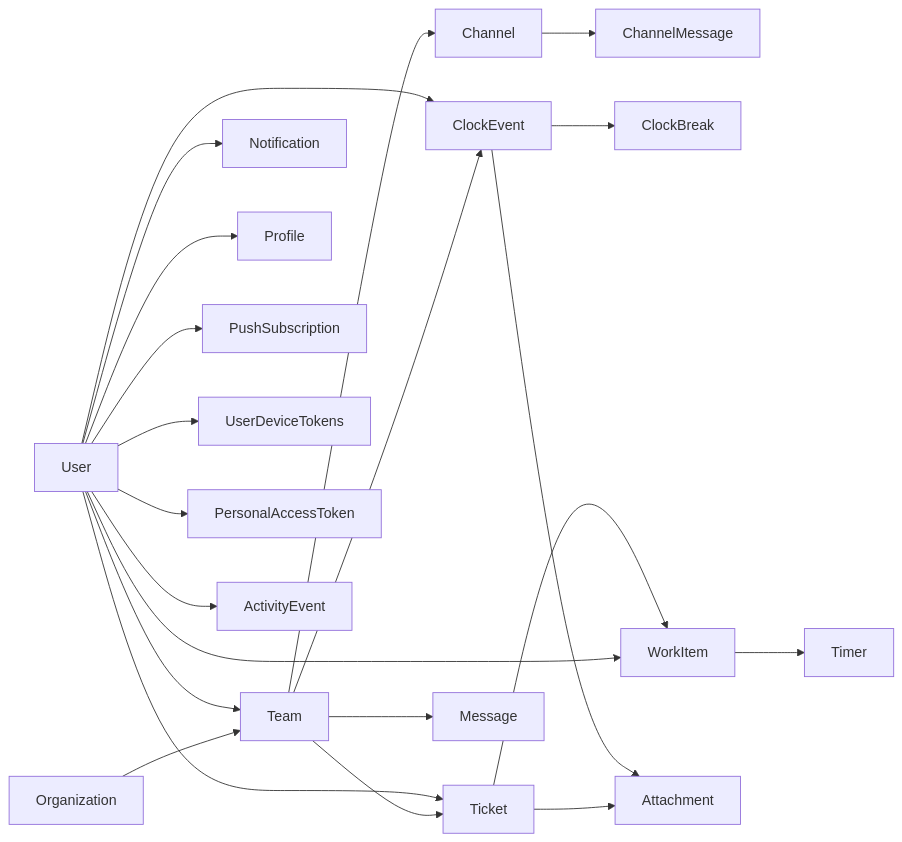
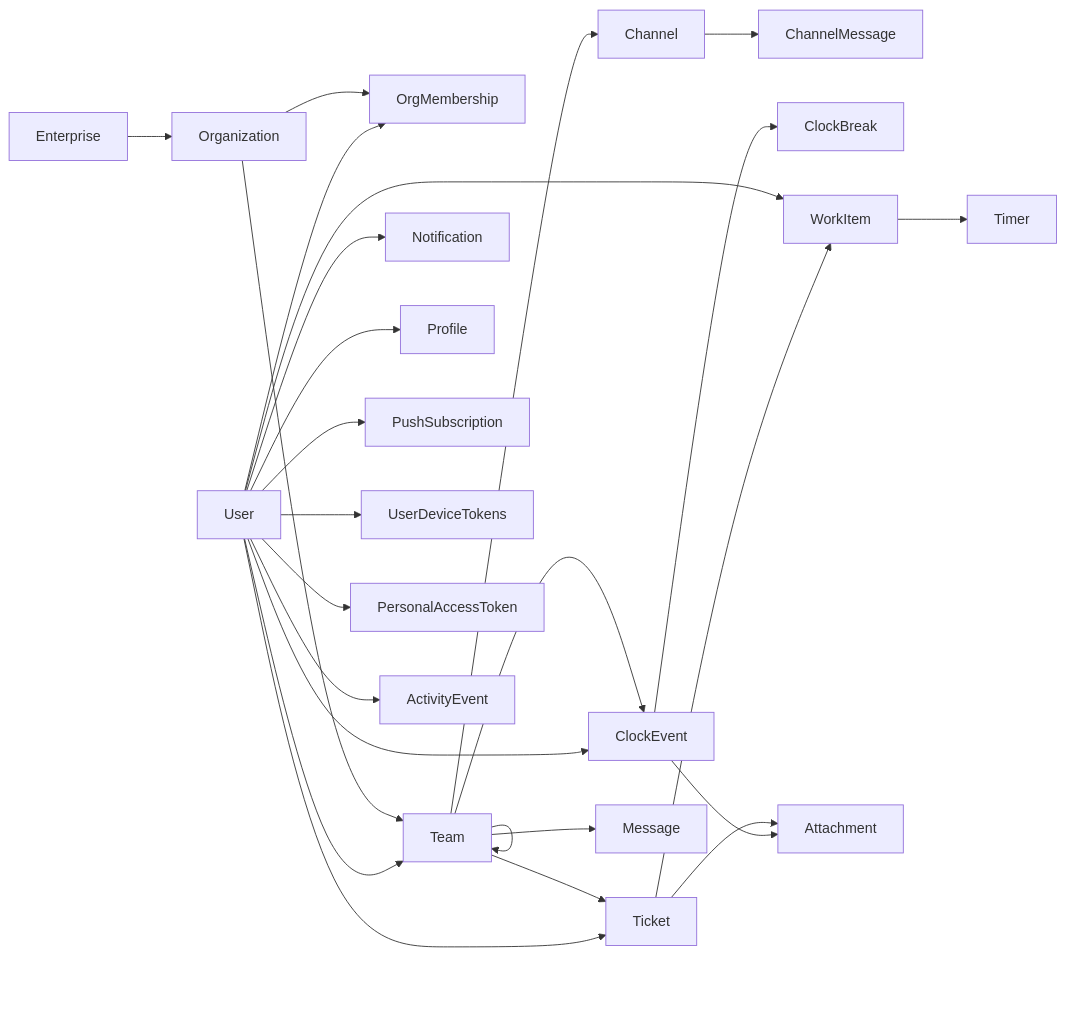
Before and after one commit to mieweb/timehuddle: the diagram in backend/DATABASE.md, drawn with Mermaid. The commit also changed other lines of this file and 27 other files, not shown here.

First line of the commit message:
feat: initial: add enterprise and multi-org hierarchy support

````diff
--- a/backend/DATABASE.md
+++ b/backend/DATABASE.md
@@ -19,24 +19,28 @@
 ```mermaid
 flowchart LR
+  Enterprise --> Organization
+  Organization --> OrgMembership
   Organization --> Team
+  Team --> Team
   Team --> Ticket
   Team --> ClockEvent
   Team --> Channel
   Team --> Message
   Channel --> ChannelMessage
   User --> Team
   User --> Ticket
   User --> ClockEvent
   ClockEvent --> ClockBreak
   User --> WorkItem
   WorkItem --> Timer
   Ticket --> WorkItem
   User --> Notification
   User --> Profile
   User --> PushSubscription
   User --> UserDeviceTokens
   User --> PersonalAccessToken
   User --> ActivityEvent
+  User --> OrgMembership
   Ticket --> Attachment
   ClockEvent --> Attachment
 ```
````
